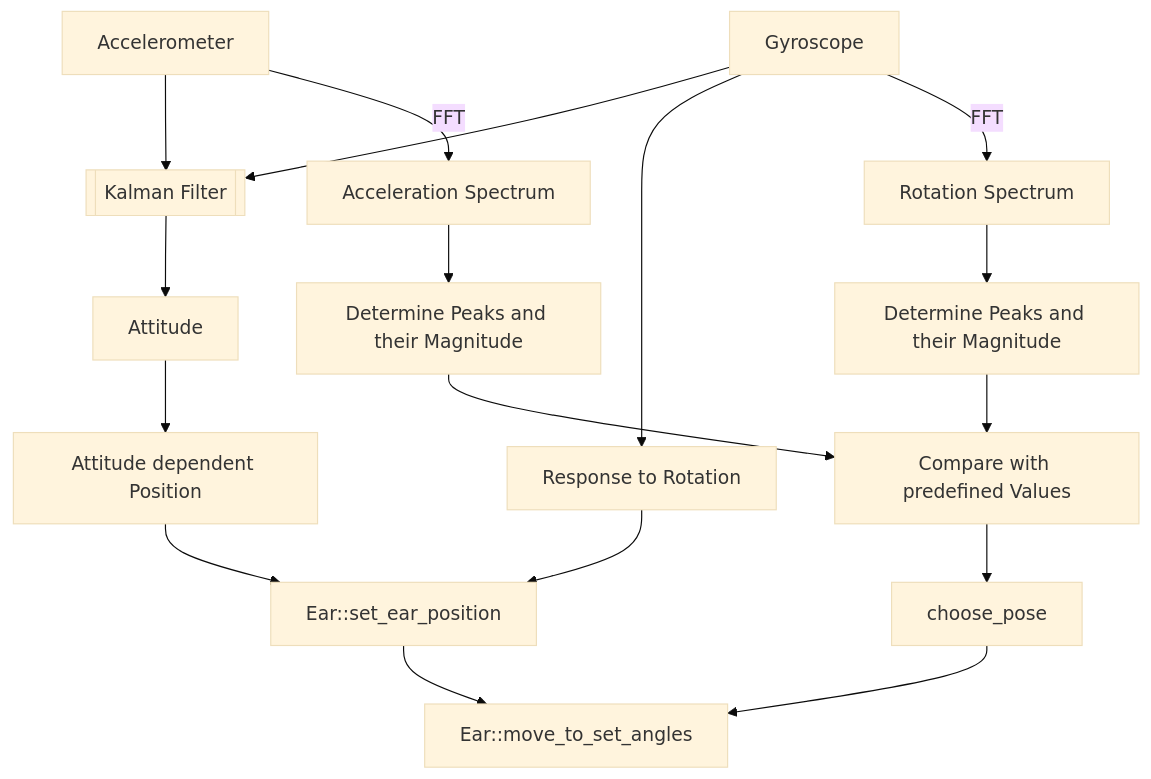
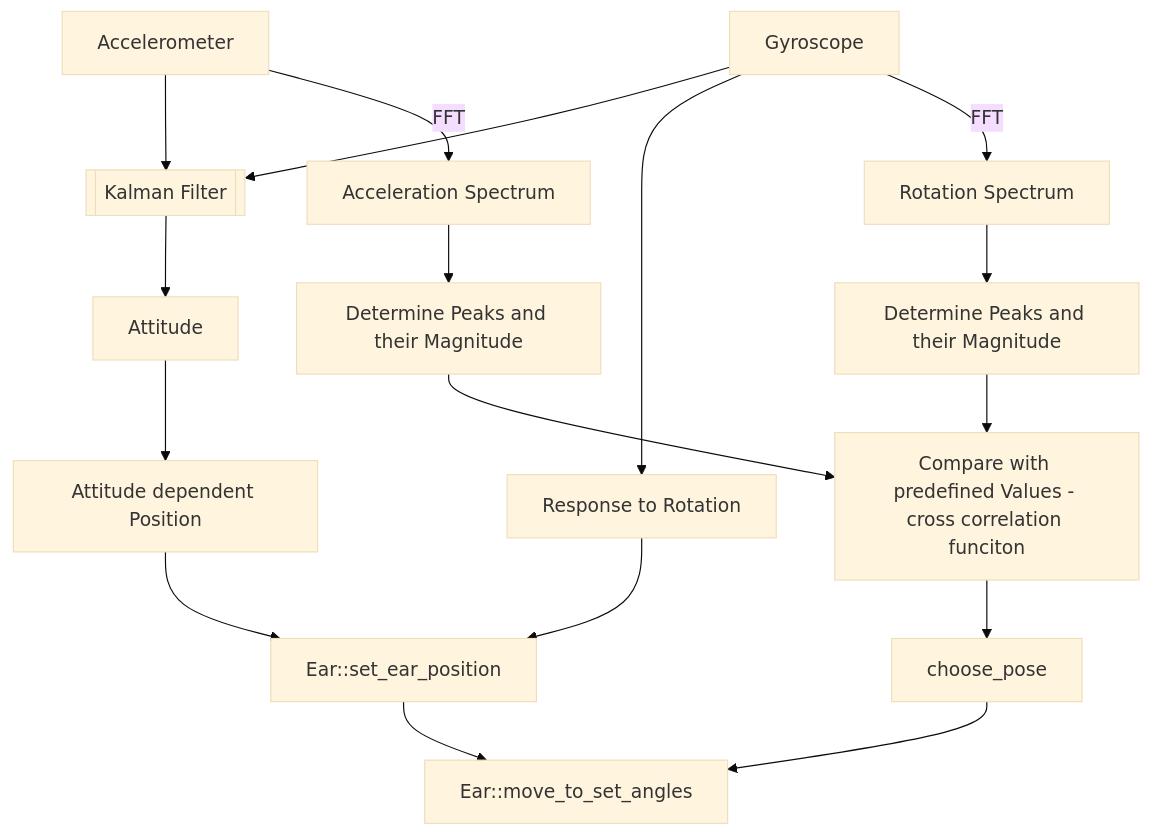
Before and after one commit to Nannk/animated-cat-ears: the second of 2 diagrams in README.md, drawn with Mermaid (base theme).

````diff
--- a/README.md
+++ b/README.md
@@ -79,21 +79,21 @@
 ```mermaid
 graph TD;
 A[Accelerometer] --> KF[[Kalman Filter]] ;
 KF --> C[Attitude];
 B[Gyroscope] --> KF;
 
 C --> D[Attitude dependent Position];
 B --> E[Response to Rotation];
 D --> F[Ear::set_ear_position];
 E--> F;
 F --> G[Ear::move_to_set_angles];
 
 A --FFT--> I[Acceleration Spectrum];
 I --> J[Determine Peaks and their Magnitude];
 B --FFT--> K[Rotation Spectrum];
 K --> L[Determine Peaks and their Magnitude];
-L --> M[Compare with predefined Values];
+L --> M[Compare with predefined Values - cross correlation funciton];
 J --> M;
 M --> N[choose_pose];
 N --> G;
 ```
````
